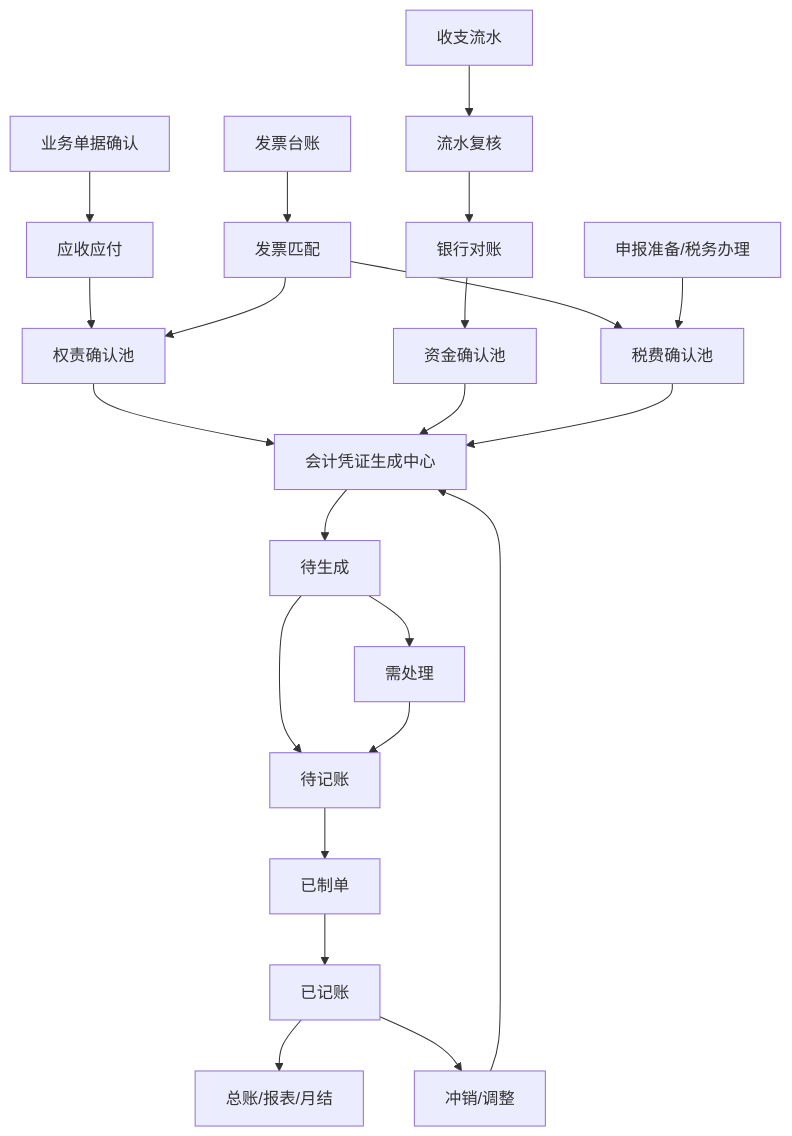
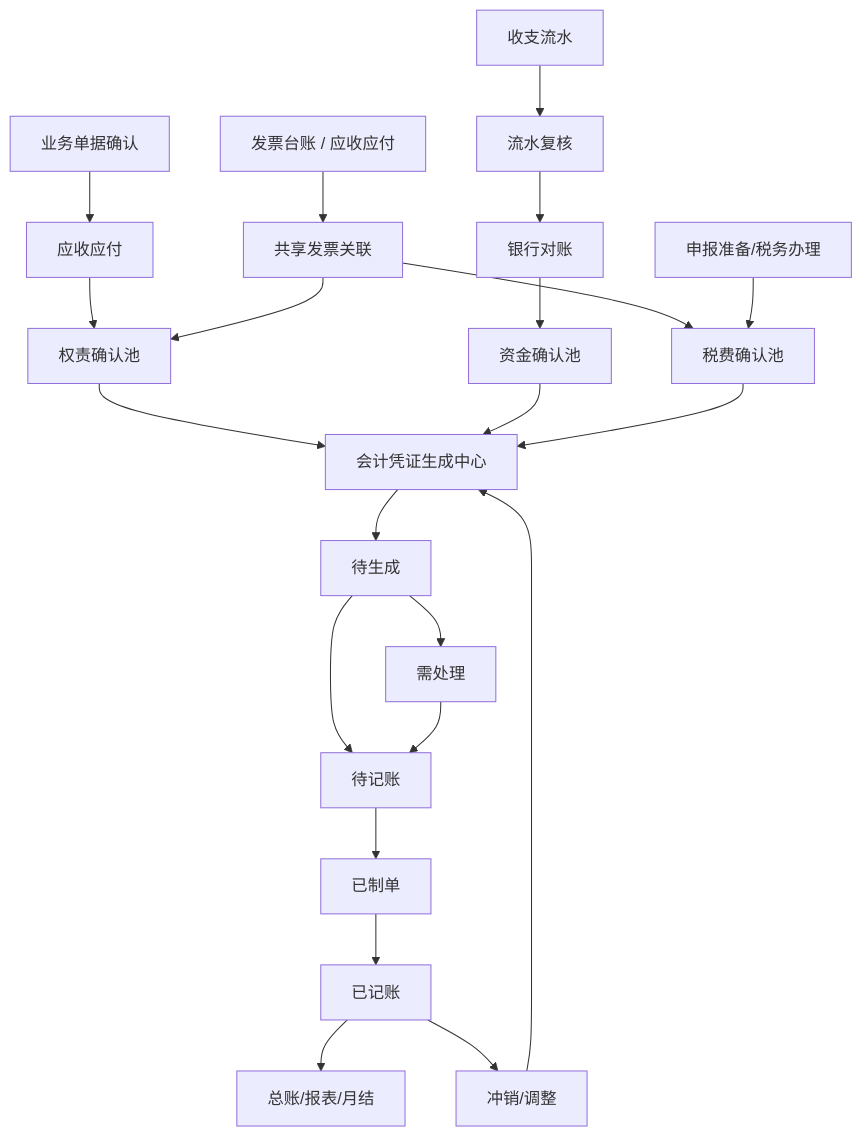
The diagram in docs/governance/finance-accounting-voucher-full-workflow-plan-v1.md (coffeecoproject/DesignManageWebProject), drawn with Mermaid before and after one commit. The commit also changed other lines of this file and 174 other files, not shown here.

````diff
--- a/docs/governance/finance-accounting-voucher-full-workflow-plan-v1.md
+++ b/docs/governance/finance-accounting-voucher-full-workflow-plan-v1.md
@@ -235,24 +256,24 @@
 ```mermaid
 flowchart TD
   A["业务单据确认"] --> B["应收应付"]
   B --> C["权责确认池"]
-  D["发票台账"] --> E["发票匹配"]
+  D["发票台账 / 应收应付"] --> E["共享发票关联"]
   E --> C
   E --> K["税费确认池"]
   F["收支流水"] --> G["流水复核"]
   G --> H["银行对账"]
   H --> I["资金确认池"]
   J["申报准备/税务办理"] --> K
   C --> L["会计凭证生成中心"]
   I --> L
   K --> L
   L --> M["待生成"]
   M --> N["需处理"]
   M --> O["待记账"]
   N --> O
   O --> P["已制单"]
   P --> Q["已记账"]
   Q --> S["总账/报表/月结"]
   Q --> R["冲销/调整"]
   R --> L
 ```
````
